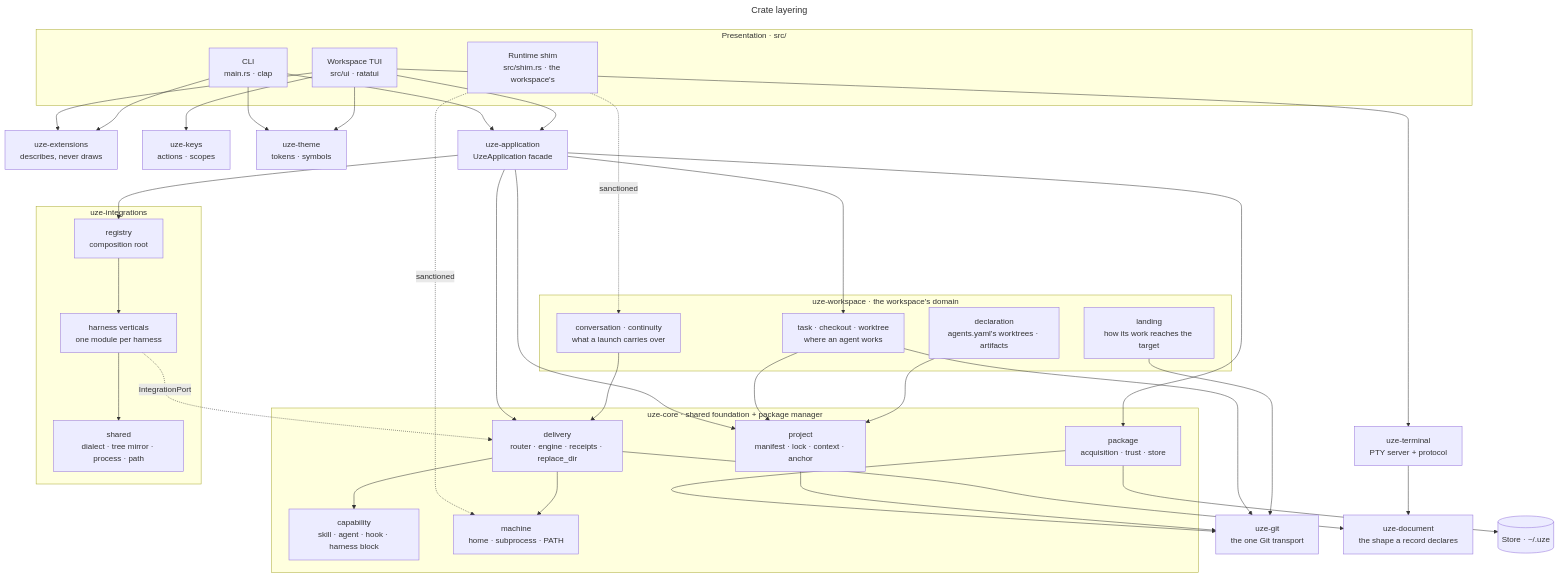
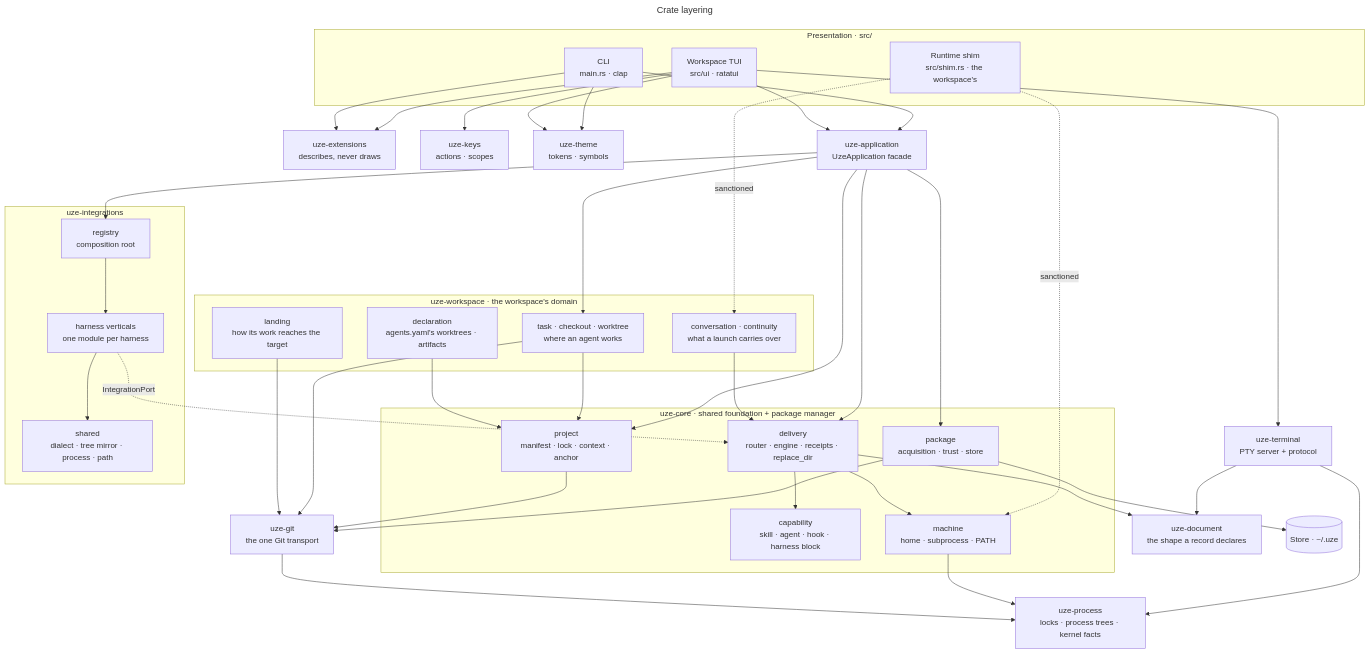
Before and after one commit to uze-sh/uze: the diagram in docs/architecture/crate-layering.mmd, drawn with Mermaid. The commit also changed 17 other files, not shown here.

First line of the commit message:
feat(process): add uze-process with cross-process locks and Windows process trees

```diff
--- a/docs/architecture/crate-layering.mmd
+++ b/docs/architecture/crate-layering.mmd
@@ -1,66 +1,70 @@
 ---
 title: Crate layering
 ---
 flowchart TD
   subgraph presentation [Presentation · src/]
     cli[CLI<br/>main.rs · clap]
     tui[Workspace TUI<br/>src/ui · ratatui]
     shim[Runtime shim<br/>src/shim.rs · the workspace's]
   end
   ext[uze-extensions<br/>describes, never draws]
   keys[uze-keys<br/>actions · scopes]
   theme[uze-theme<br/>tokens · symbols]
   terminal[uze-terminal<br/>PTY server + protocol]
   app[uze-application<br/>UzeApplication facade]
   subgraph ws [uze-workspace · the workspace's domain]
     tasks[task · checkout · worktree<br/>where an agent works]
     landing[landing<br/>how its work reaches the target]
     conversation[conversation · continuity<br/>what a launch carries over]
     declaration[declaration<br/>agents.yaml's worktrees · artifacts]
   end
   subgraph core [uze-core · shared foundation + package manager]
     package[package<br/>acquisition · trust · store]
     capability[capability<br/>skill · agent · hook · harness block]
     delivery[delivery<br/>router · engine · receipts · replace_dir]
     project[project<br/>manifest · lock · context · anchor]
     machine[machine<br/>home · subprocess · PATH]
   end
   subgraph integrations [uze-integrations]
     registry[registry<br/>composition root]
     verticals[harness verticals<br/>one module per harness]
     shared[shared<br/>dialect · tree mirror · process · path]
   end
   git[uze-git<br/>the one Git transport]
   document[uze-document<br/>the shape a record declares]
+  process[uze-process<br/>locks · process trees · kernel facts]
   store[(Store · ~/.uze)]
 
   cli --> app
   tui --> app
   tui --> ext
   cli --> ext
   tui --> keys
   tui --> terminal
   cli --> theme
   tui --> theme
   shim -.->|sanctioned| machine
   app --> package
   app --> delivery
   app --> project
   app --> registry
   app --> tasks
   tasks --> project
   tasks --> git
   landing --> git
   declaration --> project
   conversation --> delivery
   shim -.->|sanctioned| conversation
   registry --> verticals
   verticals --> shared
   verticals -.->|IntegrationPort| delivery
   delivery --> capability
   delivery --> machine
   package --> git
   project --> git
   package --> store
   delivery --> document
   terminal --> document
+  terminal --> process
+  machine --> process
+  git --> process
```
